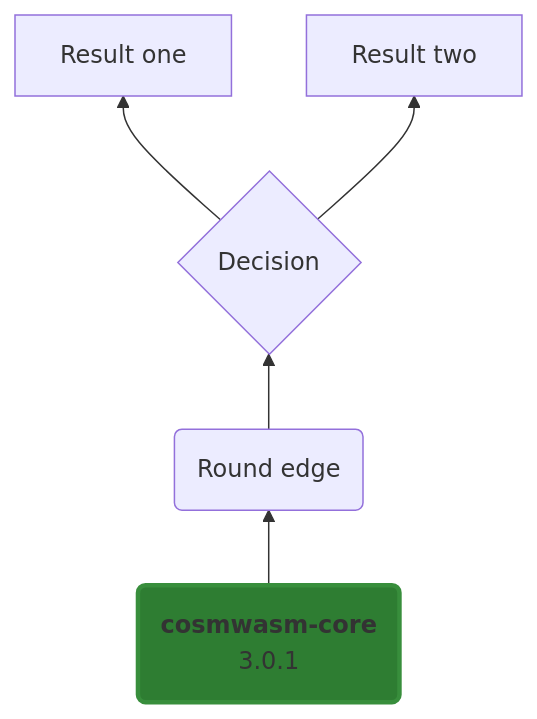
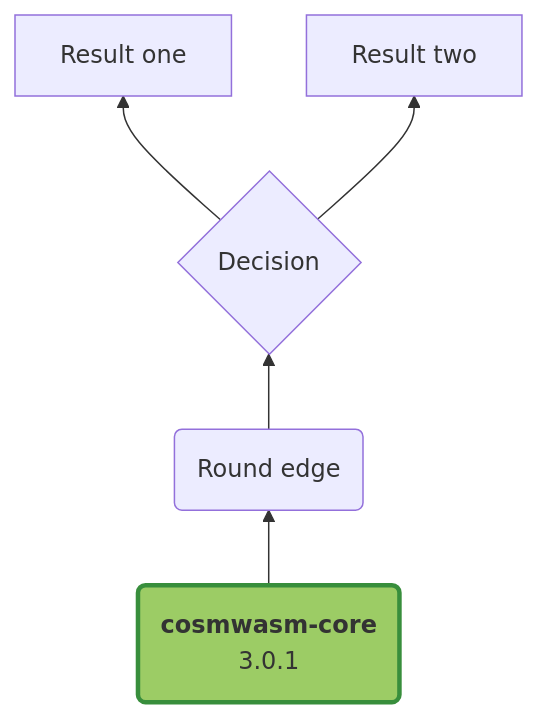
Before and after one commit to DariuszDepta/cosmwasm-notes: the diagram in dependencies/README.md, drawn with Mermaid.

````diff
--- a/dependencies/README.md
+++ b/dependencies/README.md
@@ -3,13 +3,13 @@
 ```mermaid
 flowchart BT
     A("`**cosmwasm-core**
         3.0.1`"):::someclass 
         
     A --> B(Round edge)
     
     B --> C{Decision}
     C --> D[Result one]
     C --> E[Result two]
     
-    style A fill:#2e7d32,stroke:#388e3c,stroke-width:3px
+    style A fill:#9ccc65,stroke:#388e3c,stroke-width:3px
 ```
````
